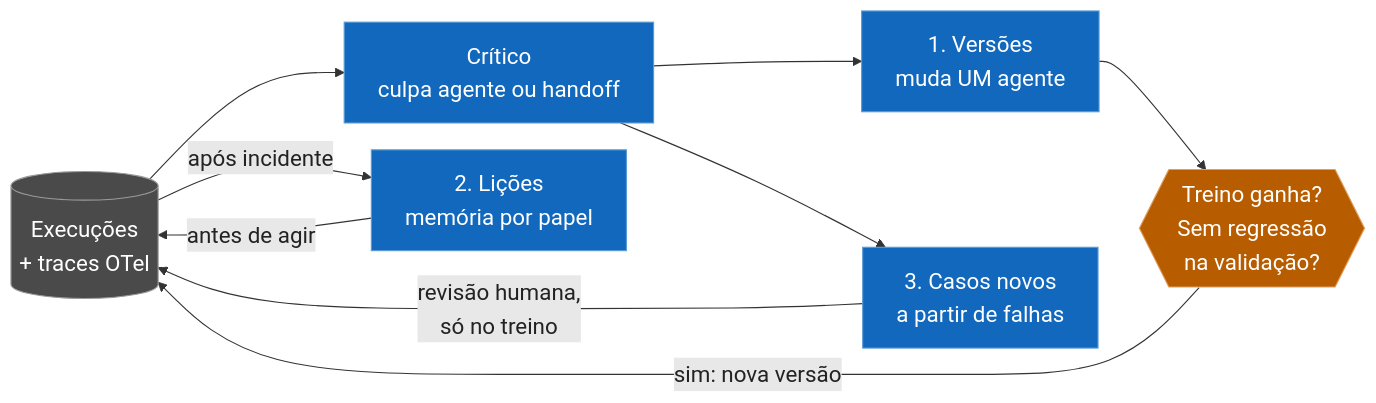
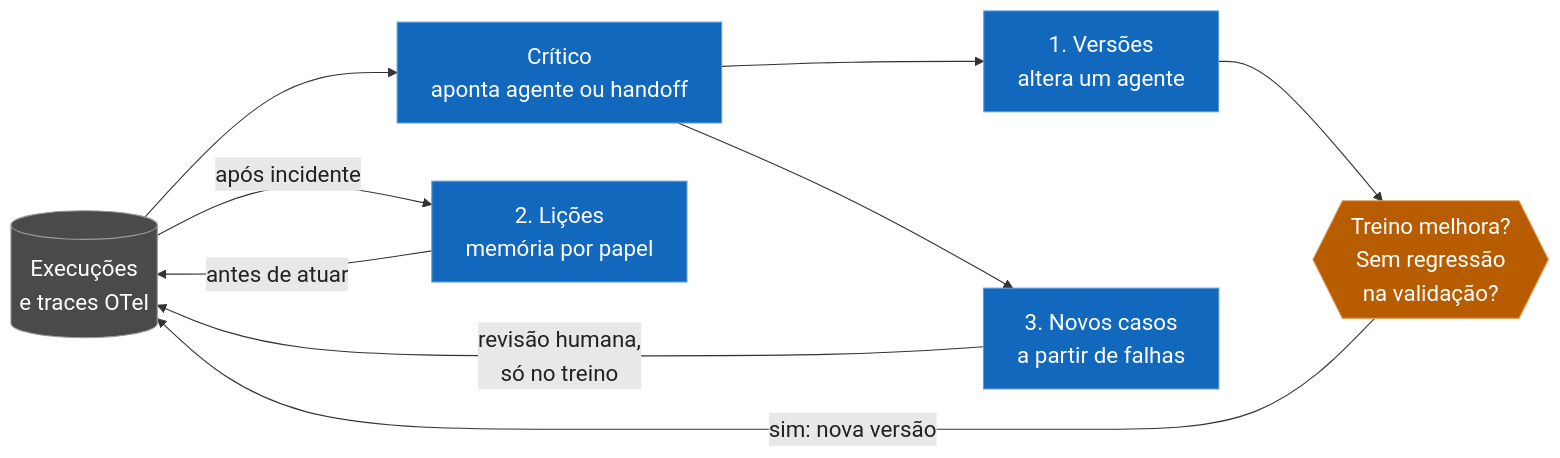
One commit to joaoptpsa/gen-ai-course changed the diagram in projects/course-02-agentic-ai/presentation/diagrams/loops.mmd. Above: the diagram before and after it, drawn with Mermaid. The commit also changed 6 other files, not shown here.

```diff
--- a/projects/course-02-agentic-ai/presentation/diagrams/loops.mmd
+++ b/projects/course-02-agentic-ai/presentation/diagrams/loops.mmd
@@ -1,38 +1,38 @@
 ---
 config:
   layout: dagre
   look: classic
   theme: base
   themeVariables:
     fontSize: "20px"
     lineColor: "#333333"
     edgeLabelBackground: "#e8e8e8"
     primaryTextColor: "#222222"
   flowchart:
     wrappingWidth: 260
-    nodeSpacing: 24
-    rankSpacing: 36
+    nodeSpacing: 52
+    rankSpacing: 84
 ---
 flowchart LR
-  runs[("Execuções<br/>+ traces OTel")]
-  critic["Crítico<br/>culpa agente ou handoff"]
-  versions["1. Versões<br/>muda UM agente"]
+  runs[("Execuções<br/>e traces OTel")]
+  critic["Crítico<br/>aponta agente ou handoff"]
+  versions["1. Versões<br/>altera um agente"]
   lessons["2. Lições<br/>memória por papel"]
-  cases["3. Casos novos<br/>a partir de falhas"]
-  gate{{"Treino ganha?<br/>Sem regressão<br/>na validação?"}}
+  cases["3. Novos casos<br/>a partir de falhas"]
+  gate{{"Treino melhora?<br/>Sem regressão<br/>na validação?"}}
 
   runs --> critic
   critic --> versions
   versions --> gate
   gate -->|"sim: nova versão"| runs
   runs -->|"após incidente"| lessons
-  lessons -->|"antes de agir"| runs
+  lessons -->|"antes de atuar"| runs
   critic --> cases
   cases -->|"revisão humana,<br/>só no treino"| runs
 
   classDef agent fill:#1168bd,stroke:#5b9bd5,color:#ffffff
   classDef gate fill:#b85c00,stroke:#e0a060,color:#ffffff
   classDef store fill:#4a4a4a,stroke:#9a9a9a,color:#ffffff
   class critic,versions,lessons,cases agent
   class gate gate
   class runs store
```
